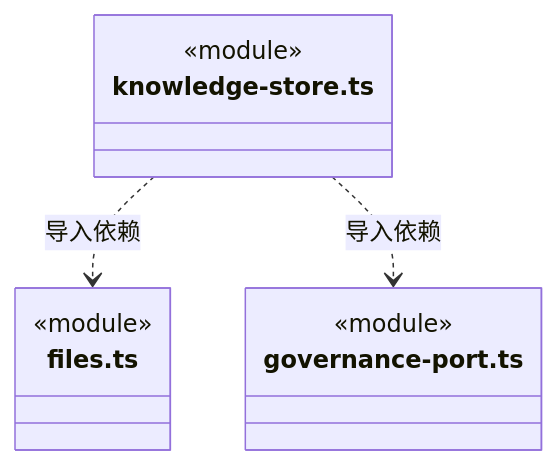
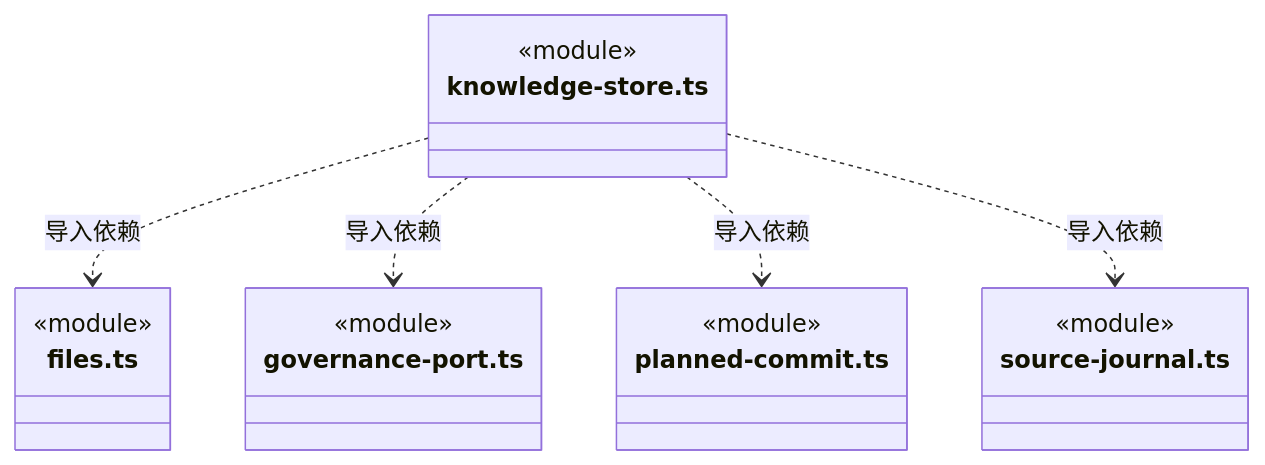
One commit to nan023062/cbim changed the ninth of 9 diagrams in src/backend/main/persistence/knowledge/ARCHITECTURE.md. Above: the diagram before and after it, drawn with Mermaid. The commit also changed other lines of this file and 97 other files, not shown here.

````diff
--- a/src/backend/main/persistence/knowledge/ARCHITECTURE.md
+++ b/src/backend/main/persistence/knowledge/ARCHITECTURE.md
@@ -191,14 +246,22 @@
 ```mermaid
 classDiagram
 class N_src_backend_main_persistence_knowledge_knowledge_store_ts["knowledge-store.ts"] {
   <<module>>
 }
 class N_src_backend_main_persistence_knowledge_files_ts["files.ts"] {
   <<module>>
 }
 class N_src_backend_main_persistence_knowledge_governance_port_ts["governance-port.ts"] {
   <<module>>
 }
+class N_src_backend_main_persistence_knowledge_planned_commit_ts["planned-commit.ts"] {
+  <<module>>
+}
+class N_src_backend_main_persistence_knowledge_source_journal_ts["source-journal.ts"] {
+  <<module>>
+}
 N_src_backend_main_persistence_knowledge_knowledge_store_ts ..> N_src_backend_main_persistence_knowledge_files_ts : 导入依赖
 N_src_backend_main_persistence_knowledge_knowledge_store_ts ..> N_src_backend_main_persistence_knowledge_governance_port_ts : 导入依赖
+N_src_backend_main_persistence_knowledge_knowledge_store_ts ..> N_src_backend_main_persistence_knowledge_planned_commit_ts : 导入依赖
+N_src_backend_main_persistence_knowledge_knowledge_store_ts ..> N_src_backend_main_persistence_knowledge_source_journal_ts : 导入依赖
 ```
````
